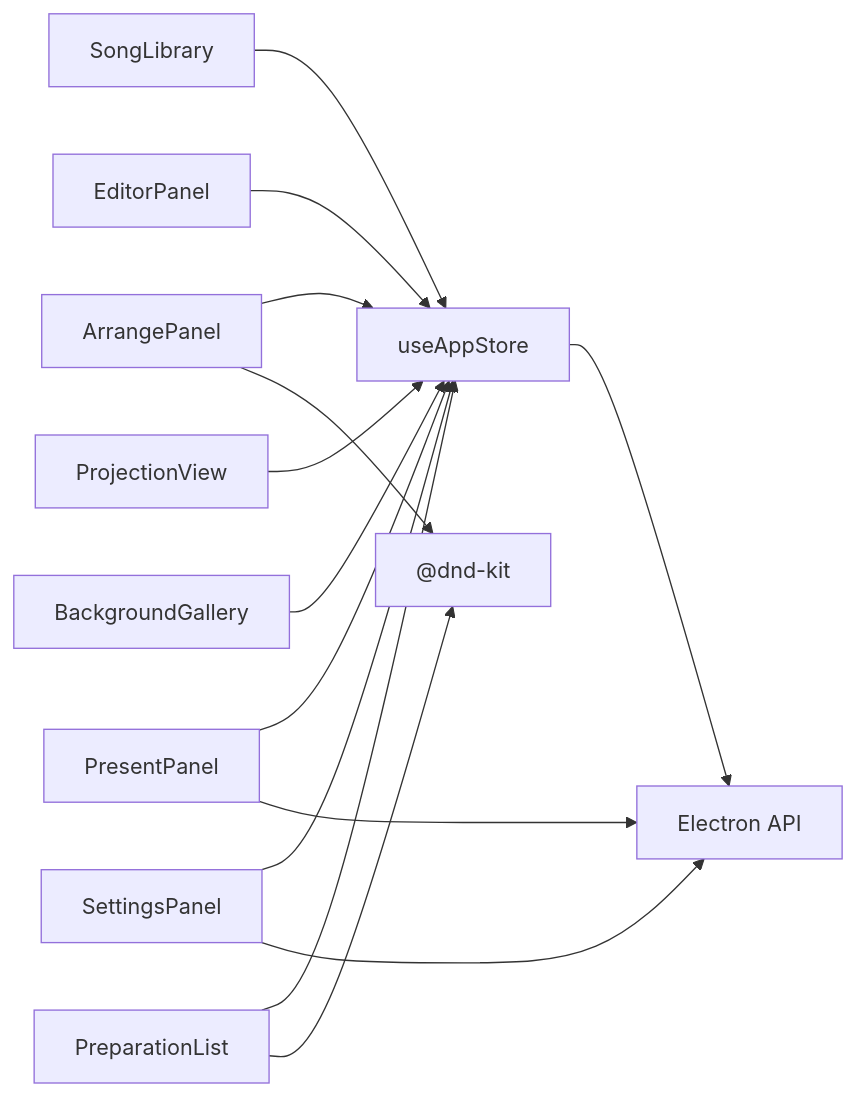
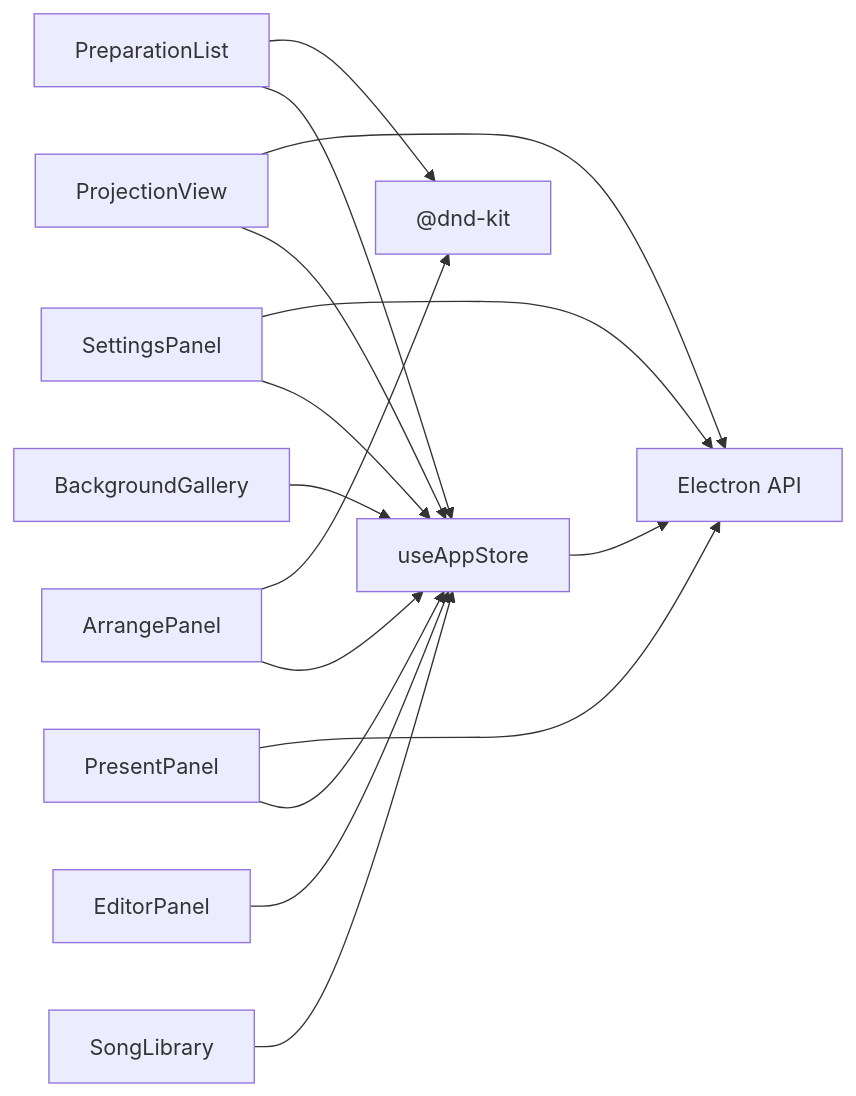
Diagram 11 of 11 in .qoder/repowiki/en/content/API Reference/Component Interface API.md (jimmywyk/lyricdeck), drawn with Mermaid before and after one commit. The commit also changed other lines of this file and 9 other files, not shown here.

````diff
--- a/.qoder/repowiki/en/content/API Reference/Component Interface API.md
+++ b/.qoder/repowiki/en/content/API Reference/Component Interface API.md
@@ -514,16 +537,17 @@
 ```mermaid
 graph LR
 SL["SongLibrary"] --> Store["useAppStore"]
 EP["EditorPanel"] --> Store
 AP["ArrangePanel"] --> Store
 PP["PresentPanel"] --> Store
 SP["SettingsPanel"] --> Store
 PV["ProjectionView"] --> Store
 BG["BackgroundGallery"] --> Store
 PL["PreparationList"] --> Store
 Store --> Electron["Electron API"]
 AP --> DnD["@dnd-kit"]
 PL --> DnD
 PP --> Electron
 SP --> Electron
+PV --> Electron
 ```
````
